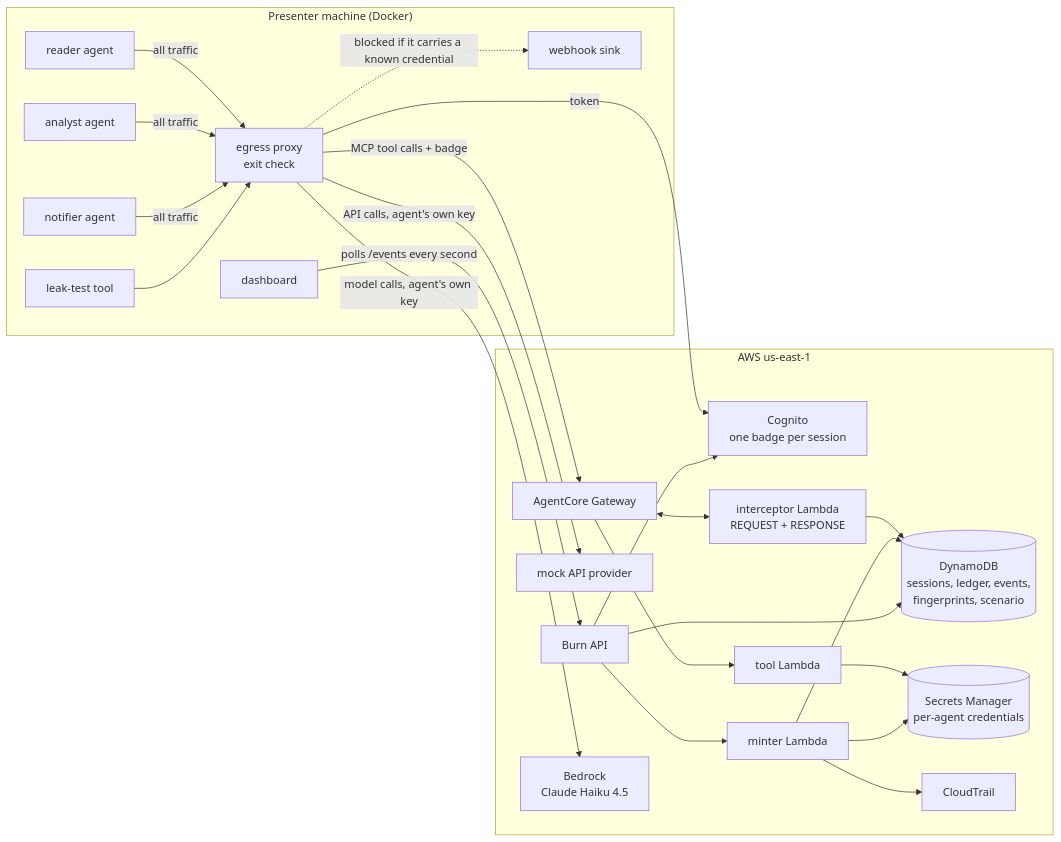
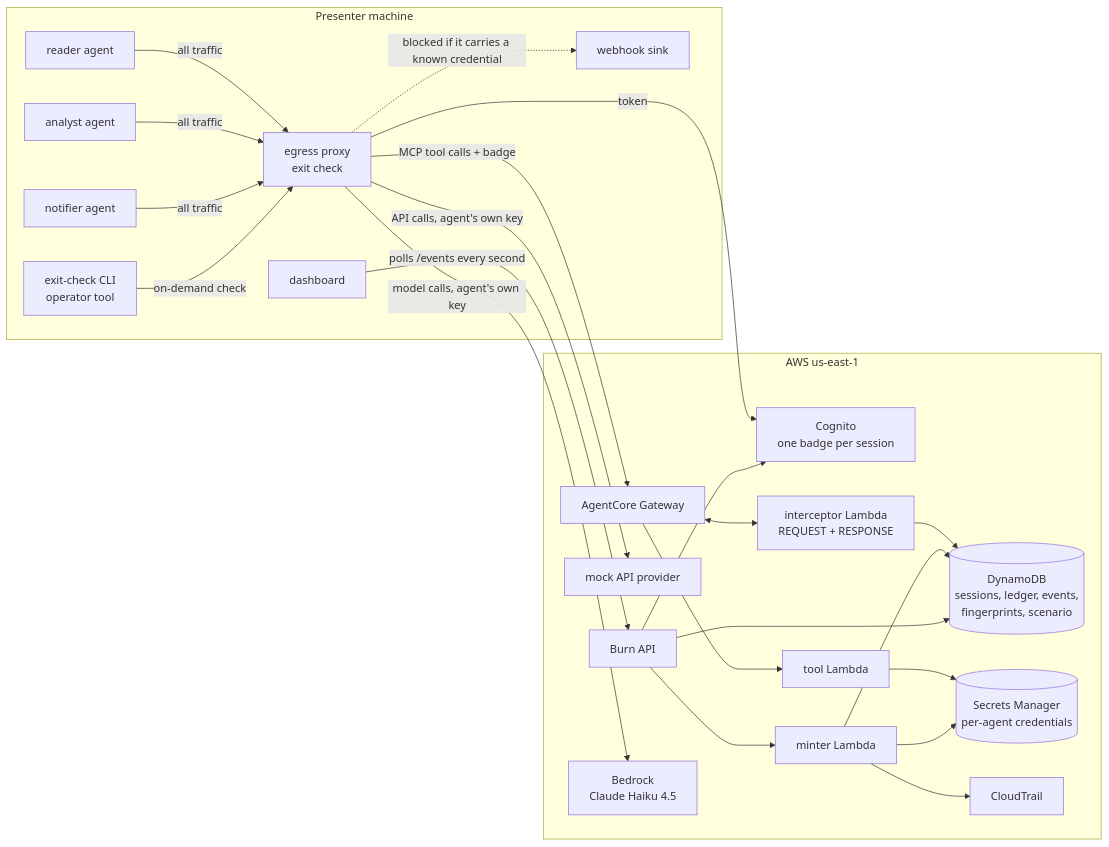
The diagram in docs/architecture.md (nicholas-sasina/killswitchproject), drawn with Mermaid before and after one commit. The commit also changed other lines of this file and 17 other files, not shown here.

First line of the commit message:
refactor(dashboard): remove the manual exit-check panel

````diff
--- a/docs/architecture.md
+++ b/docs/architecture.md
@@ -8,38 +8,38 @@
 ```mermaid
 flowchart LR
-  subgraph local["Presenter machine (Docker)"]
+  subgraph local["Presenter machine"]
     A1[reader agent] & A2[analyst agent] & A3[notifier agent]
     P[egress proxy<br/>exit check]
     S[webhook sink]
     D[dashboard]
-    L[leak-test tool]
+    O[exit-check CLI<br/>operator tool]
   end
   subgraph aws["AWS us-east-1"]
     C[Cognito<br/>one badge per session]
     G[AgentCore Gateway]
     I[interceptor Lambda<br/>REQUEST + RESPONSE]
     T[tool Lambda]
     M[minter Lambda]
     MP[mock API provider]
     API[Burn API]
     DB[(DynamoDB<br/>sessions, ledger, events,<br/>fingerprints, scenario)]
     SM[(Secrets Manager<br/>per-agent credentials)]
     CT[CloudTrail]
     BR[Bedrock<br/>Claude Haiku 4.5]
   end
   A1 & A2 & A3 -->|all traffic| P
   P -->|token| C
   P -->|MCP tool calls + badge| G
   G <--> I
   G --> T
   P -->|model calls, agent's own key| BR
   P -->|API calls, agent's own key| MP
   P -.->|blocked if it carries a known credential| S
   I --> DB
   T --> SM
   M --> SM & DB
   API --> DB & M & C
   M --> CT
   D -->|polls /events every second| API
-  L --> P
+  O -->|on-demand check| P
 ```
````
